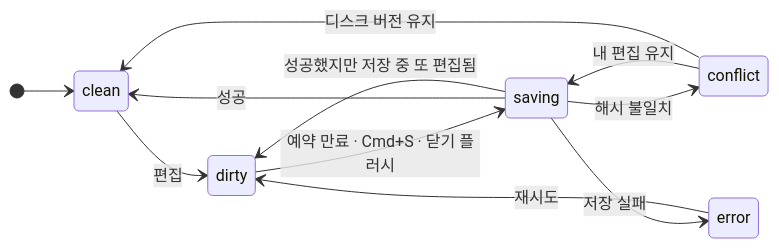
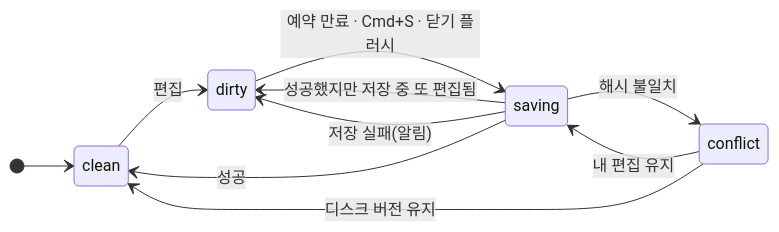
One commit to Bori-github/norii changed the second of 3 diagrams in .claude/docs/file-lifecycle.md. Above: the diagram before and after it, drawn with Mermaid. The commit also changed other lines of this file and 49 other files, not shown here.

````diff
--- a/.claude/docs/file-lifecycle.md
+++ b/.claude/docs/file-lifecycle.md
@@ -68,14 +68,13 @@
 ```mermaid
 stateDiagram-v2
     direction LR
     [*] --> clean
     clean --> dirty: 편집
     dirty --> saving: 예약 만료 · Cmd+S · 닫기 플러시
     saving --> clean: 성공
     saving --> dirty: 성공했지만 저장 중 또 편집됨
     saving --> conflict: 해시 불일치
-    saving --> error: 저장 실패
+    saving --> dirty: 저장 실패(알림)
     conflict --> saving: 내 편집 유지
     conflict --> clean: 디스크 버전 유지
-    error --> dirty: 재시도
 ```
````
